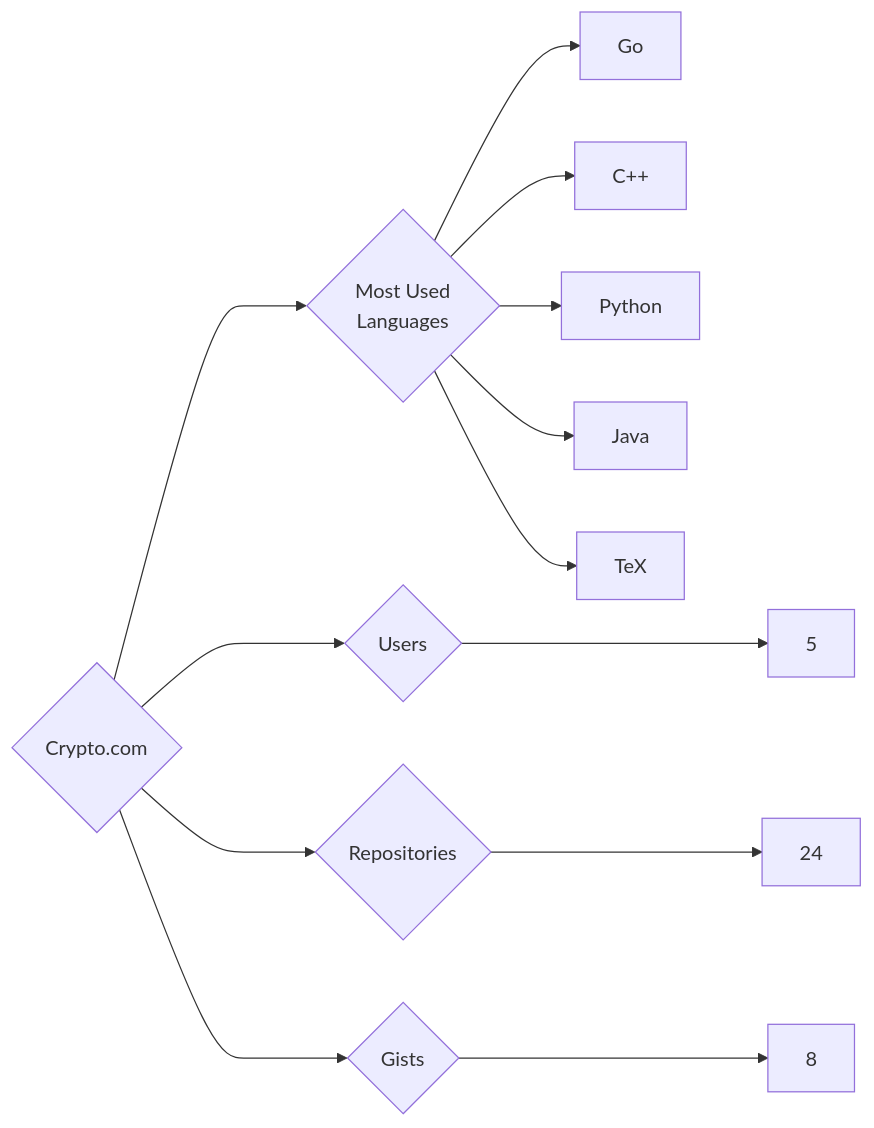
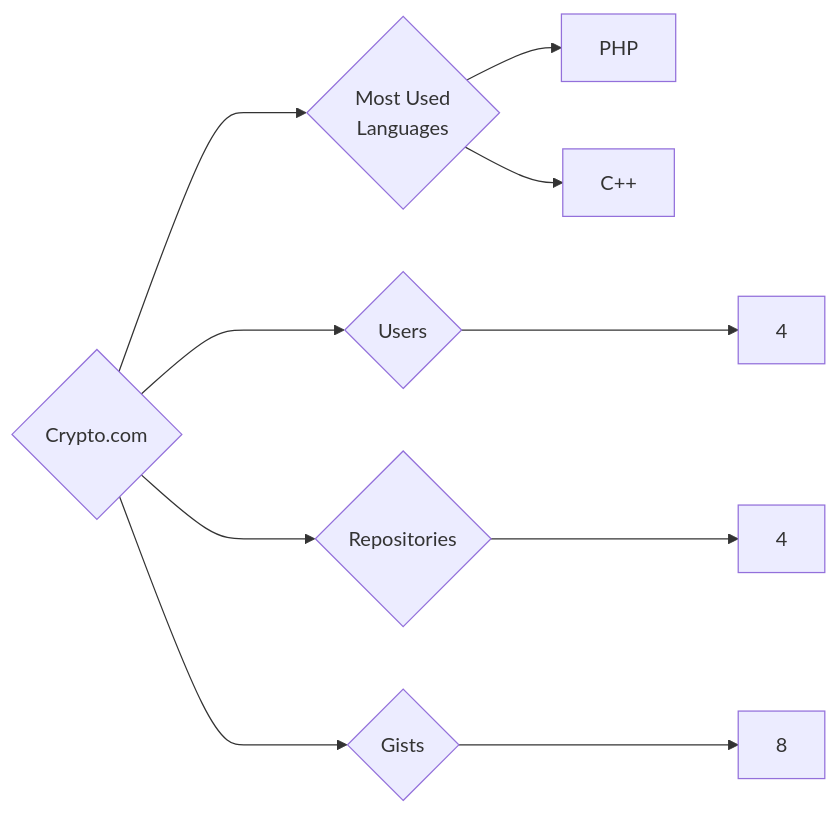
Before and after one commit to trickest/insiders: the diagram in targets/Crypto.com/README.md, drawn with Mermaid. The commit also changed 873 other files, not shown here.

````diff
--- a/targets/Crypto.com/README.md
+++ b/targets/Crypto.com/README.md
@@ -3,13 +3,10 @@
 ```mermaid
 graph LR
 COMPANY_NAME{Crypto.com}
-COMPANY_NAME ---> U{Users} ---> UN[5]
-COMPANY_NAME ---> R{Repositories} ---> RN[24]
+COMPANY_NAME ---> U{Users} ---> UN[4]
+COMPANY_NAME ---> R{Repositories} ---> RN[4]
 COMPANY_NAME ---> G{Gists} ---> GN[8]
 COMPANY_NAME ---> ML{Most Used<br>Languages}
-ML --> Go[Go]
+ML --> PHP[PHP]
 ML --> C++[C++]
-ML --> Python[Python]
-ML --> Java[Java]
-ML --> TeX[TeX]
 ```
````
